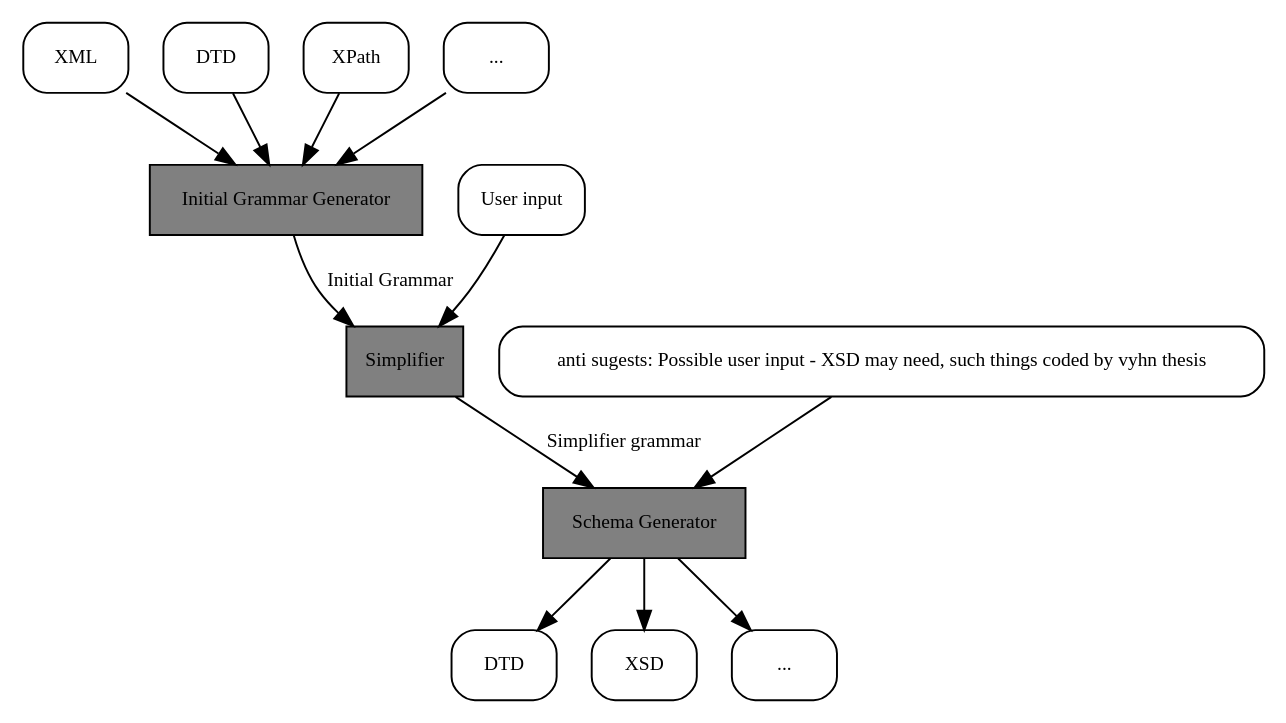
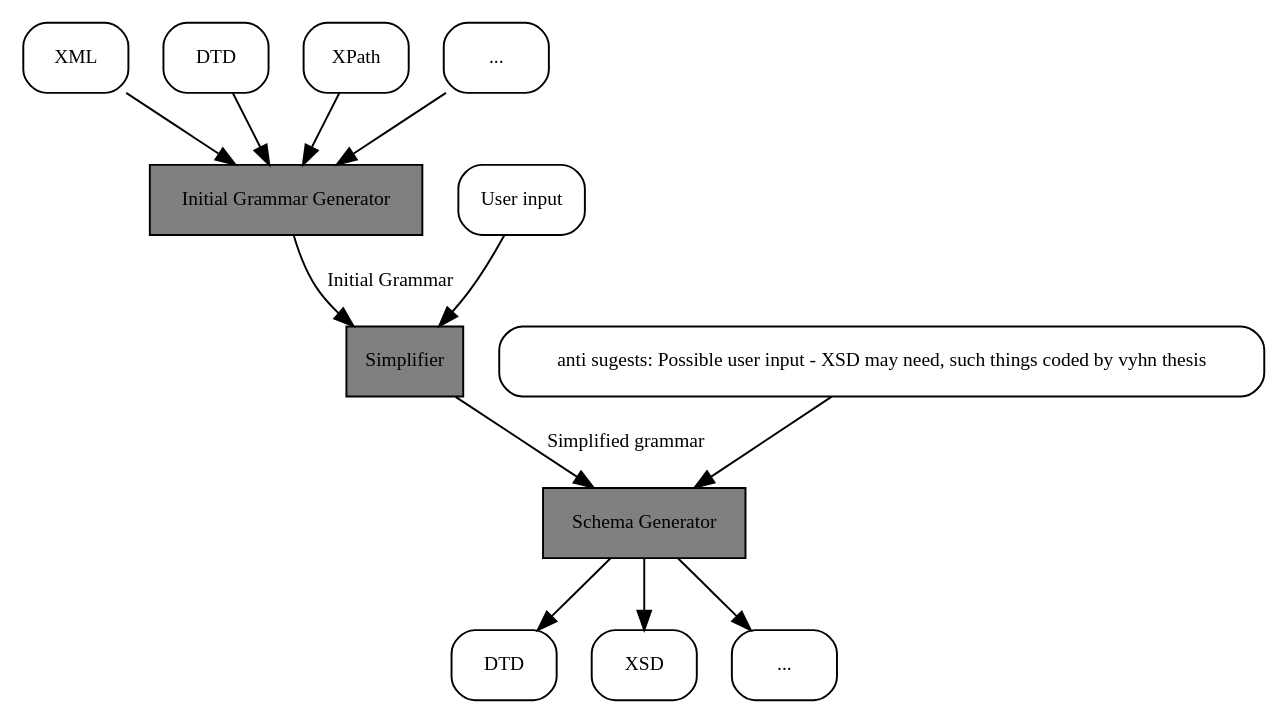
One commit to otmarjr/jInfer-fork changed the diagram in doc/jInfer/full/architecture/inference_process.gv. Above: the diagram before and after it, drawn with Graphviz. The commit also changed 18 other files, not shown here.

Commit message:
3154619 Create documentation for jInfer architecture - section about automatons complete

```diff
--- a/doc/jInfer/full/architecture/inference_process.gv
+++ b/doc/jInfer/full/architecture/inference_process.gv
@@ -1,29 +1,29 @@
 digraph inference_process {
 	node [shape = rectangle, fontname = "TeXGyrePagella-Regular", fontsize = 10];
 	edge [fontname = "TeXGyrePagella-Regular", fontsize = 10];
 
 	node [style= rounded];
 	input_xml [label = "XML"];
 	input_dtd [label = "DTD"];
 	input_xpath [label = "XPath"];
 	input_misc [label ="..."];
 	input_xml -> 1;
 	input_dtd -> 1;
 	input_xpath -> 1;
 	input_misc -> 1;
 	1 [label = "Initial Grammar Generator" style = "filled" fillcolor = "grey"];
 	1 -> 2 [label = "Initial Grammar"];
 	user_input [label = "User input"];
 	user_input -> 2;
 	2 [label = "Simplifier" style = "filled" fillcolor = "grey"];
-	2 -> 3 [label = "Simplifier grammar"];
+	2 -> 3 [label = "Simplified grammar"];
 	3 [label = "Schema Generator" style = "filled" fillcolor = "grey"];
 	possible_user_input [label = "anti sugests: Possible user input - XSD may need, such things coded by vyhn thesis"];
 	possible_user_input -> 3;
 	output_dtd [label = "DTD"];
 	output_xsd [label = "XSD"];
 	output_misc [label = "..."];
 	3 -> output_dtd;
 	3 -> output_xsd;
 	3 -> output_misc;
 }
```
